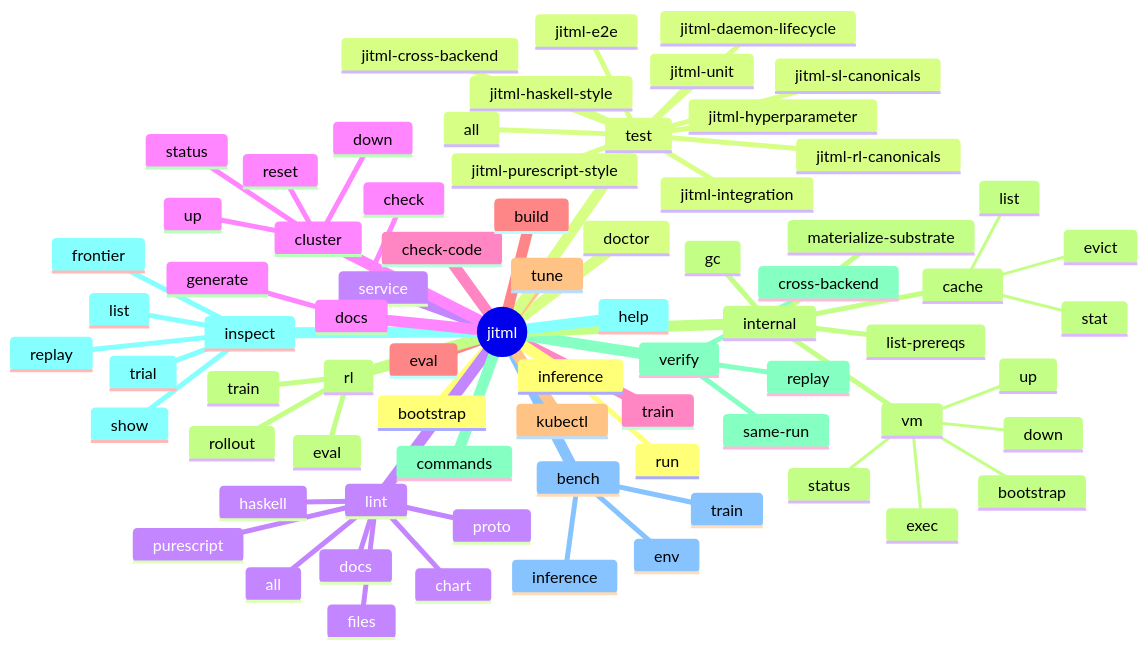
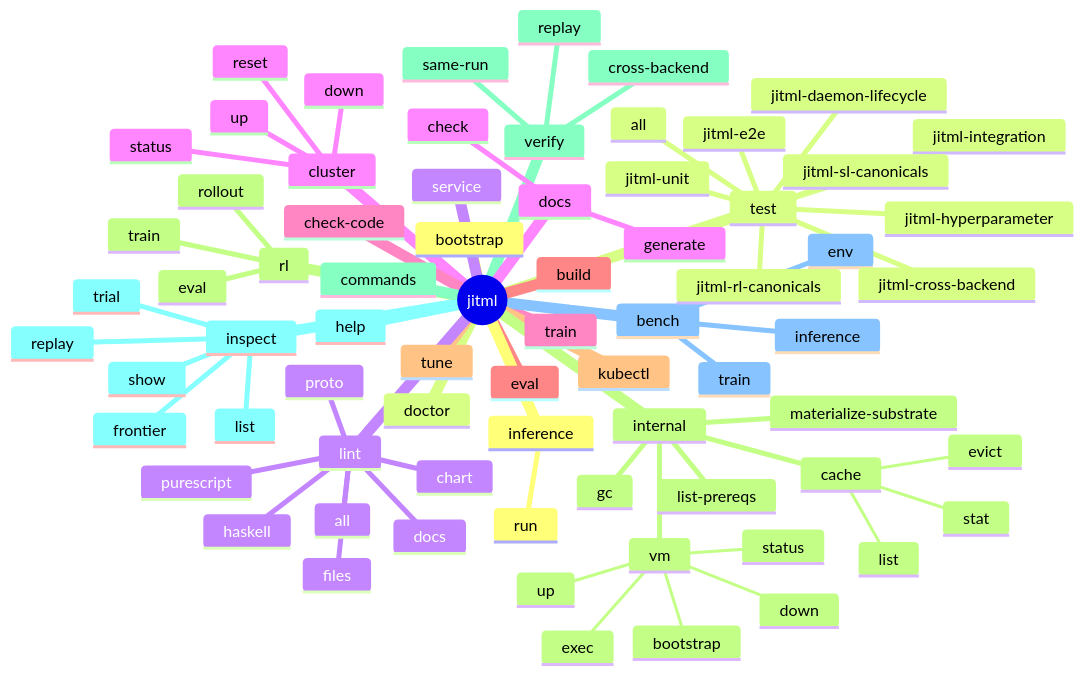
Before and after one commit to Tuee22/jitML: the first of 4 diagrams in README.md, drawn with Mermaid. The commit also changed other lines of this file and 46 other files, not shown here.

````diff
--- a/README.md
+++ b/README.md
@@ -645,77 +646,75 @@
 ```mermaid
 mindmap
   root((jitml))
     bootstrap
     doctor
     service
     cluster
       up
       down
       status
       reset
     train
     eval
     tune
     rl
       train
       eval
       rollout
     verify
       same-run
       cross-backend
       replay
     inspect
       list
       show
       replay
       trial
       frontier
     bench
       train
       inference
       env
     inference
       run
     test
       all
       jitml-unit
       jitml-integration
       jitml-sl-canonicals
       jitml-rl-canonicals
       jitml-hyperparameter
       jitml-cross-backend
       jitml-daemon-lifecycle
       jitml-e2e
-      jitml-haskell-style
-      jitml-purescript-style
     lint
       files
       docs
       proto
       chart
       haskell
       purescript
       all
     docs
       check
       generate
     check-code
     build
     kubectl
     internal
       materialize-substrate
       list-prereqs
       gc
       vm
         bootstrap
         up
         down
         status
         exec
       cache
         stat
         list
         evict
     commands
     help
 ```
````
